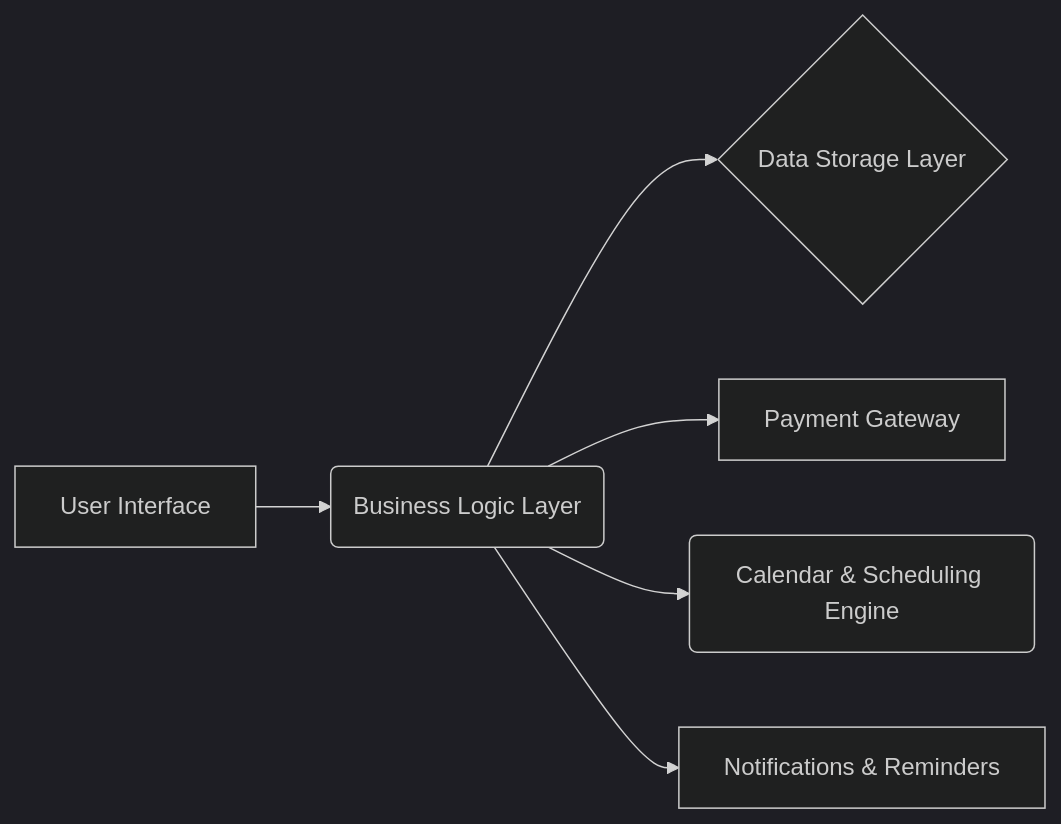
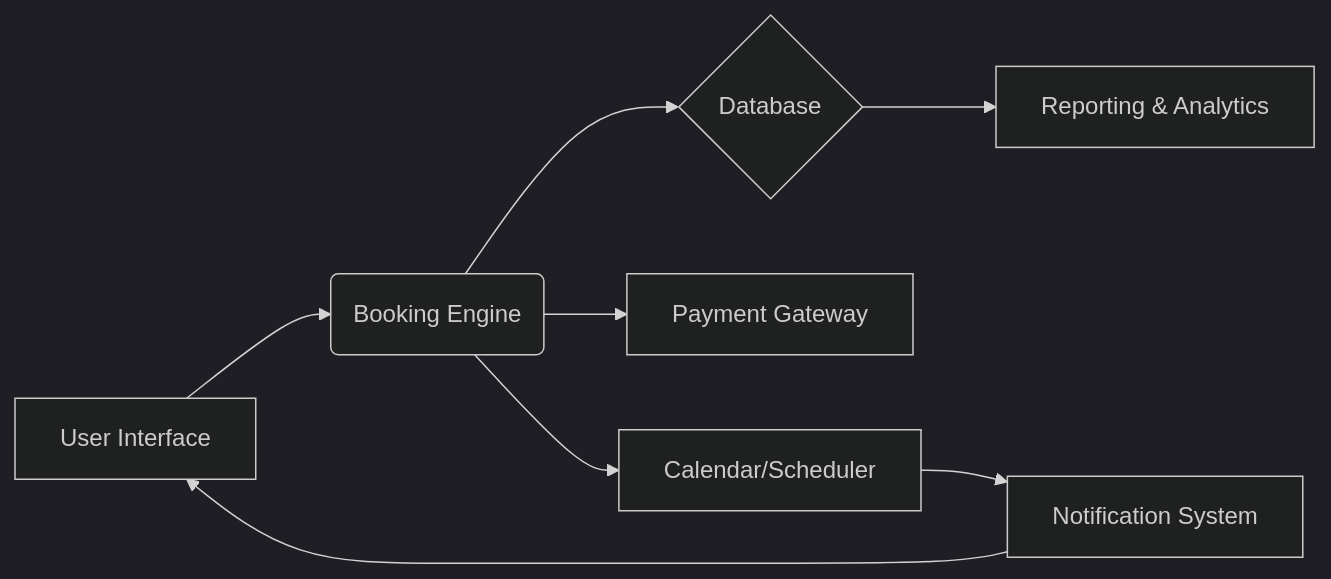
Before and after one commit to muthuspark/system-design: the diagram in posts/domain-specific/booking-systems/index.qmd, drawn with Mermaid (dark theme). The commit also changed other lines of this file and 265 other files, not shown here.

````diff
--- a/posts/domain-specific/booking-systems/index.qmd
+++ b/posts/domain-specific/booking-systems/index.qmd
@@ -30,8 +14,10 @@
 ```{mermaid}
 graph LR
-    A[User Interface] --> B(Business Logic Layer);
-    B --> C{Data Storage Layer};
+    A[User Interface] --> B(Booking Engine);
+    B --> C{Database};
     B --> D[Payment Gateway];
-    B --> E(Calendar & Scheduling Engine);
-    B --> F[Notifications & Reminders];
+    B --> E[Calendar/Scheduler];
+    C --> F[Reporting & Analytics];
+    E --> G[Notification System];
+    G --> A;
 ```
````
